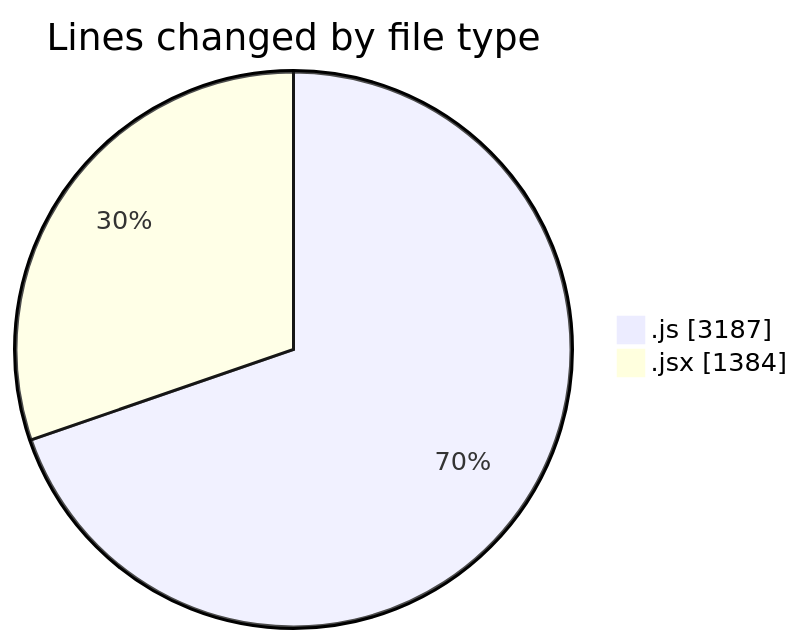
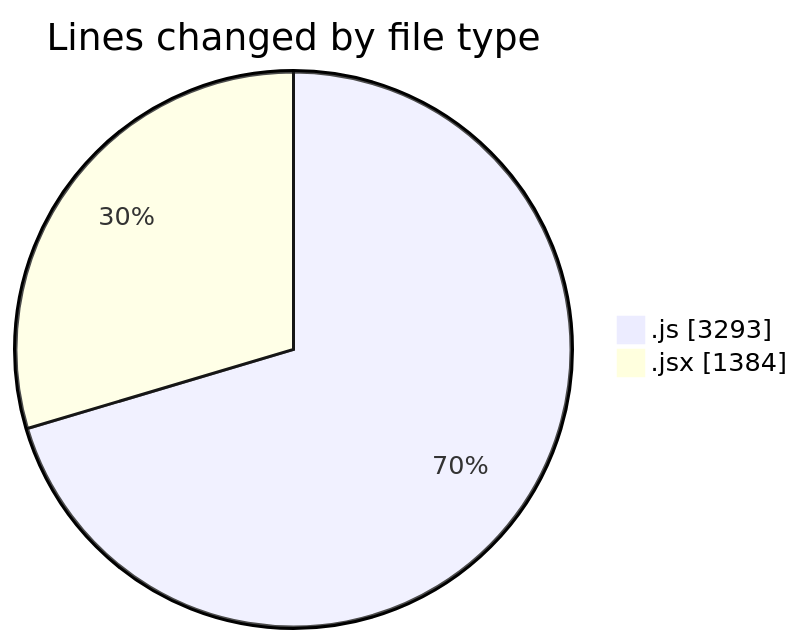
Before and after one commit to nxtqubesakshisongat/code-tracking: the first of 2 diagrams in 2025-07-23/nxtqube_webapp/README.md, drawn with Mermaid. The commit also changed other lines of this file and 1 other file, not shown here.

````diff
--- a/2025-07-23/nxtqube_webapp/README.md
+++ b/2025-07-23/nxtqube_webapp/README.md
@@ -42,6 +42,6 @@
 ```mermaid
 pie showData
 title Lines changed by file type
-".js" : 3187
+".js" : 3293
 ".jsx" : 1384
 ```
````
